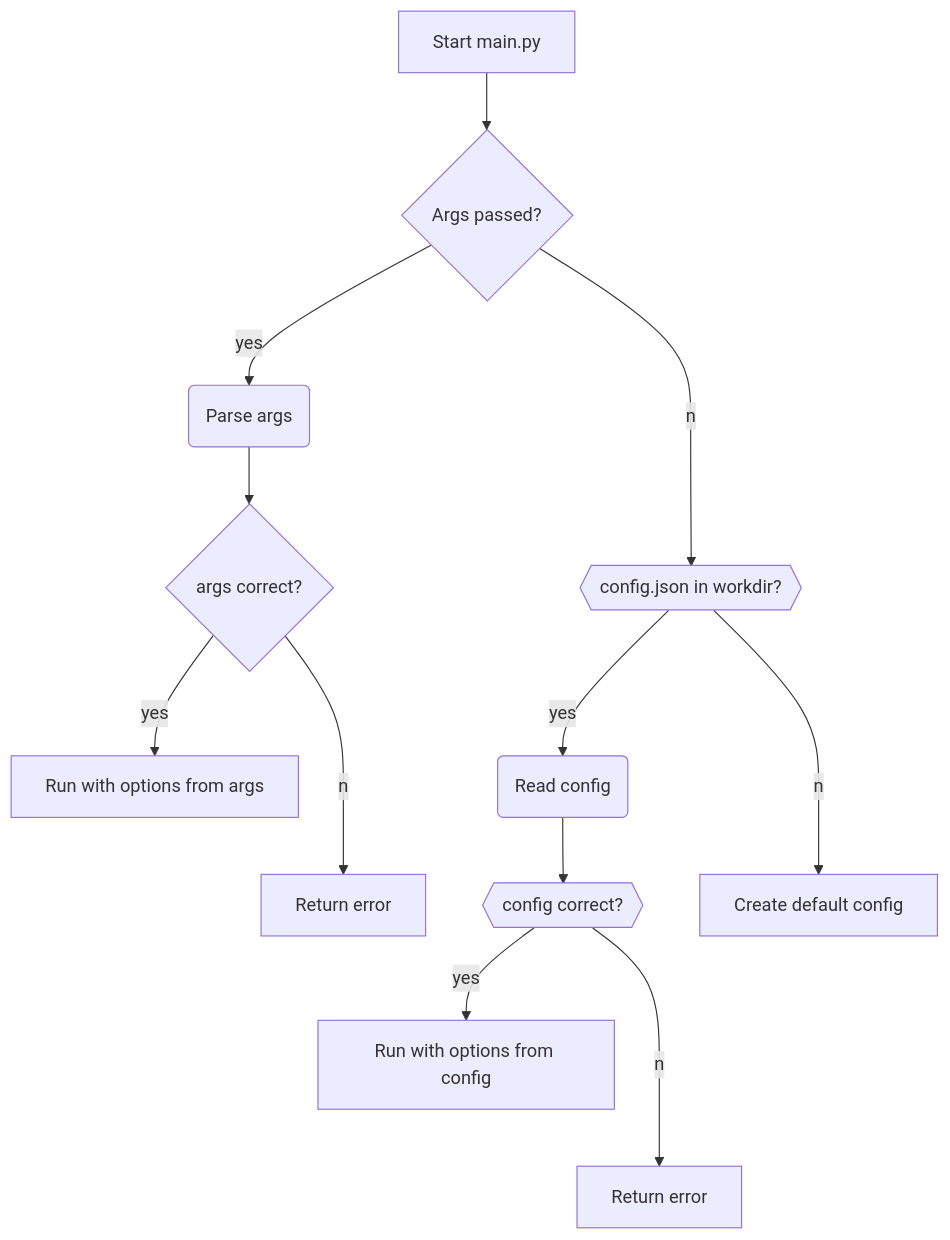
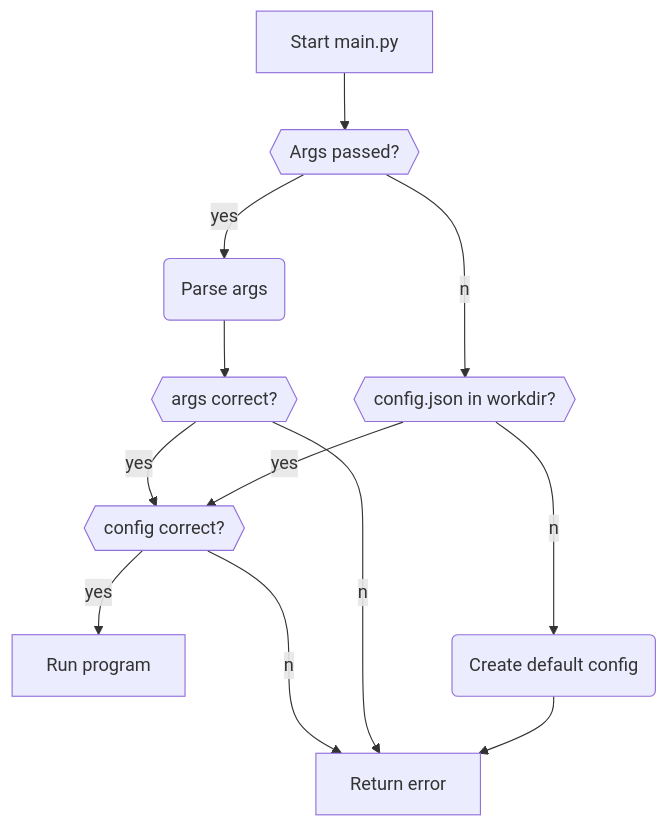
The first of 2 diagrams in README.md (MichSobo/OCR-Receipts), drawn with Mermaid before and after one commit. The commit also changed other lines of this file, not shown here.

````diff
--- a/README.md
+++ b/README.md
@@ -8,14 +7,15 @@
 ```mermaid
 flowchart TD
-    A[Start main.py] --> B{Args passed?}
+    A[Start main.py] --> B{{Args passed?}}
     B --yes--> C(Parse args)
-    C --> D{args correct?}
-    D --yes--> E[Run with options from args]
-    D --no--> F[Return error]
-    B --no--> G{{config.json in workdir?}}
-    G --yes--> H(Read config)
-    H --> I{{config correct?}}
-    I --yes--> J[Run with options from config]
-    I --no--> K[Return error]
-    G --no--> X[Create default config]
+    C --> D{{args correct?}}
+    D --yes--> E{{config correct?}} 
+    E --yes--> X[Run program]
+    E --no--> Y[Return error]
+    D --no--> Y
+    B --no--> F{{config.json in workdir?}}
+    F --yes--> E
+    F --no--> G(Create default config)
+    G --> Y
+    
 ```
````
